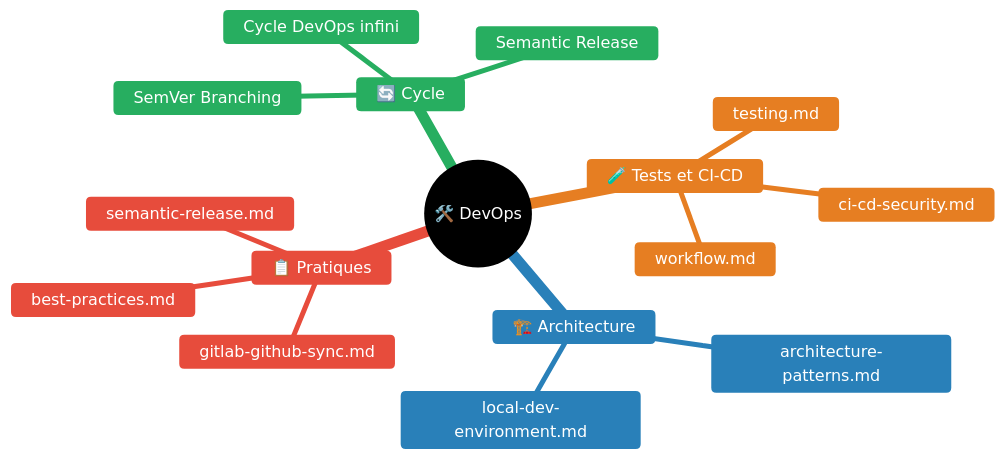
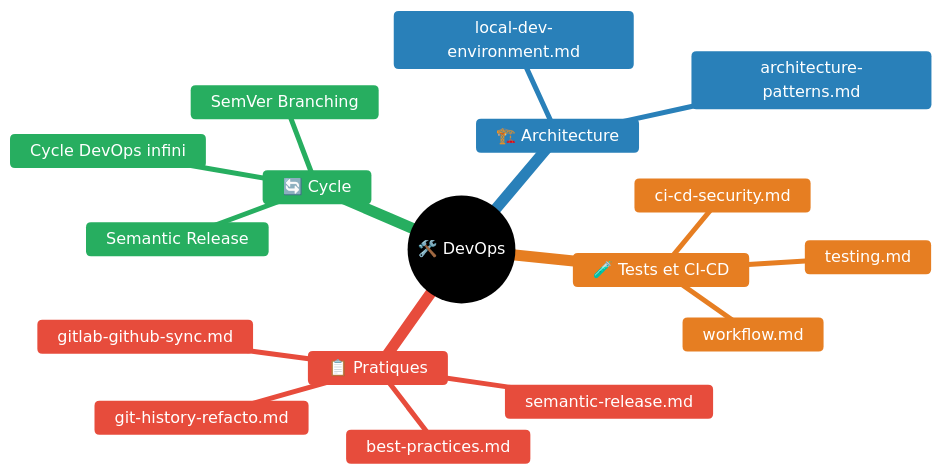
One commit to jddellac-hue/knowledge-world-wide-web changed the first of 7 diagrams in devops/README.md. Above: the diagram before and after it, drawn with Mermaid. The commit also changed other lines of this file and 1 other file, not shown here.

Commit message:
docs(devops): leçon git — refactos d'historique, migration sans-historique fidèle (--orphan), vérif déterministe avant suppression

````diff
--- a/devops/README.md
+++ b/devops/README.md
@@ -10,24 +10,25 @@
 ```mermaid
 %%{init: {"theme": "base", "themeVariables": {
   "primaryColor": "#2C3E50", "primaryTextColor": "#FFFFFF",
   "cScale0": "#9B59B6", "cScale1": "#27AE60", "cScale2": "#E67E22",
   "cScale3": "#2980B9", "cScale4": "#E74C3C", "cScale5": "#1ABC9C"
 }}}%%
 mindmap
   root((🛠️ DevOps))
     🔄 Cycle
       Cycle DevOps infini
       Semantic Release
       SemVer Branching
     🧪 Tests et CI-CD
       testing.md
       ci-cd-security.md
       workflow.md
     🏗️ Architecture
       architecture-patterns.md
       local-dev-environment.md
     📋 Pratiques
       best-practices.md
       semantic-release.md
       gitlab-github-sync.md
+      git-history-refacto.md
 ```
````
